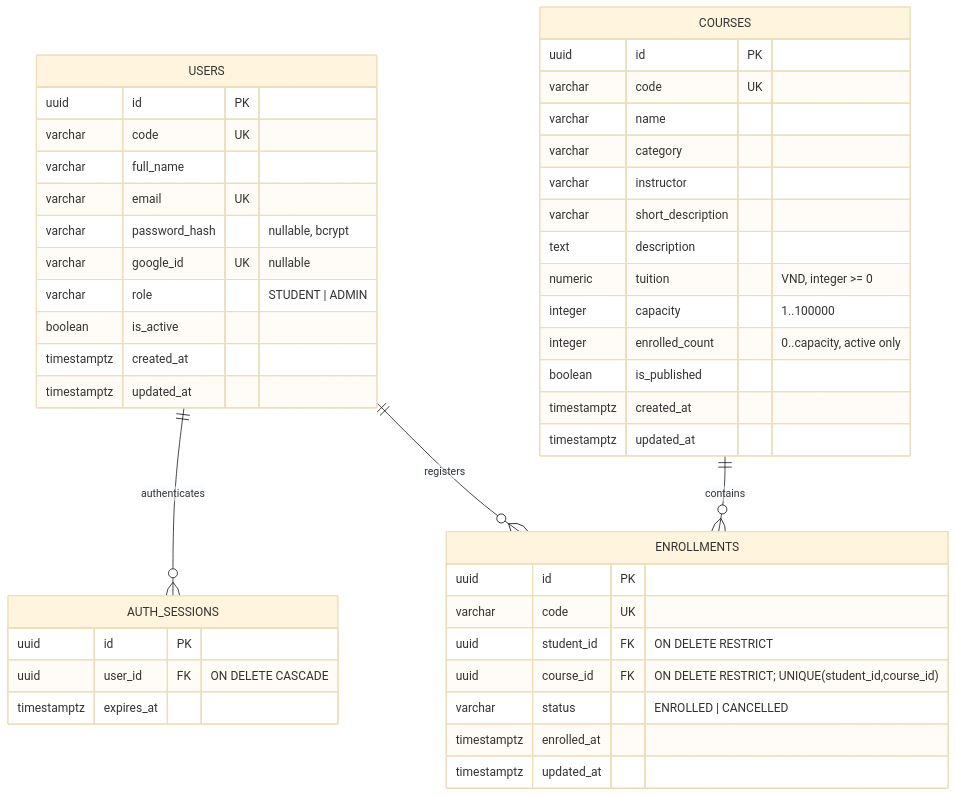
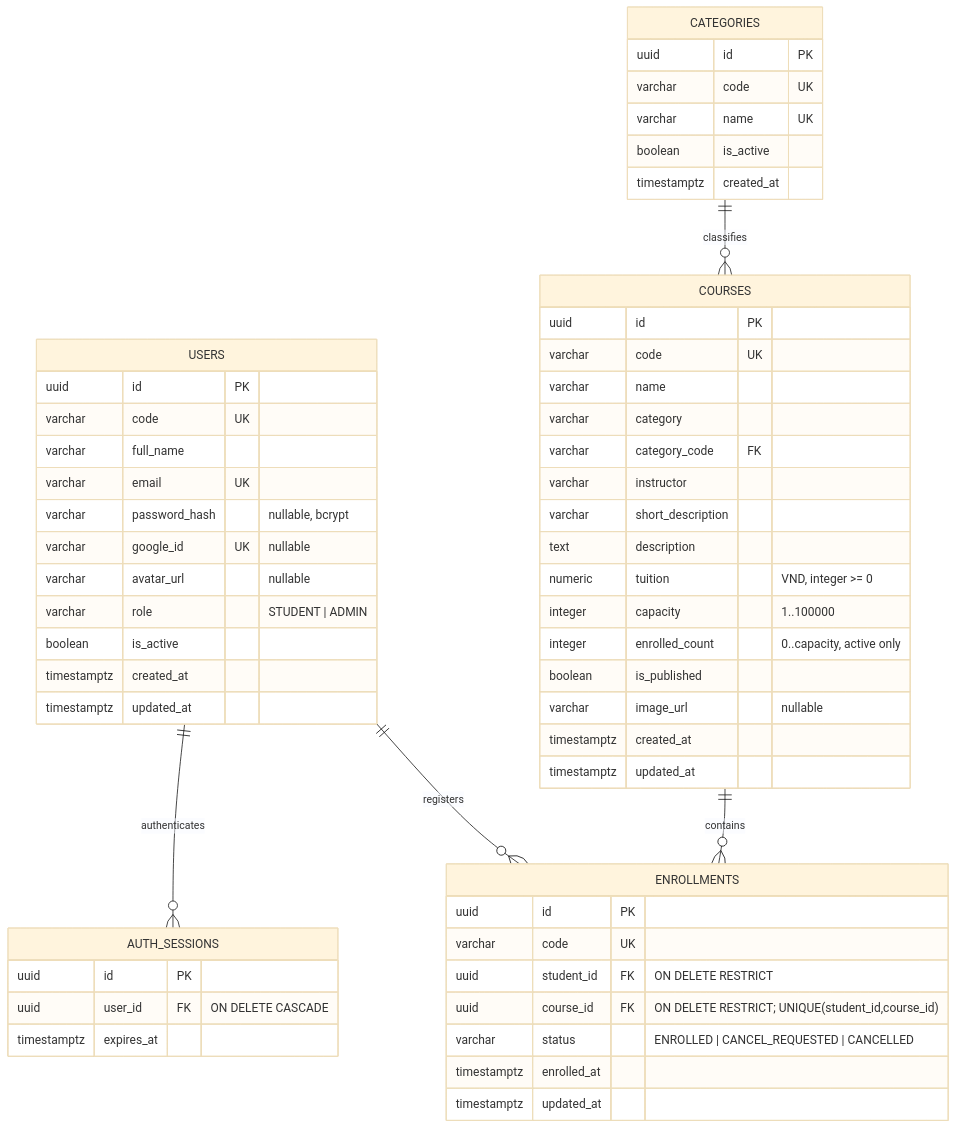
Before and after one commit to tam1ttam/pks-test: the diagram in docs/erd.mmd, drawn with Mermaid (base theme). The commit also changed 16 other files, not shown here.

```diff
--- a/docs/erd.mmd
+++ b/docs/erd.mmd
@@ -1,45 +1,56 @@
 erDiagram
     USERS ||--o{ AUTH_SESSIONS : authenticates
     USERS ||--o{ ENROLLMENTS : registers
+    CATEGORIES ||--o{ COURSES : classifies
     COURSES ||--o{ ENROLLMENTS : contains
     USERS {
         uuid id PK
         varchar code UK
         varchar full_name
         varchar email UK
         varchar password_hash "nullable, bcrypt"
         varchar google_id UK "nullable"
+        varchar avatar_url "nullable"
         varchar role "STUDENT | ADMIN"
         boolean is_active
         timestamptz created_at
         timestamptz updated_at
+    }
+    CATEGORIES {
+        uuid id PK
+        varchar code UK
+        varchar name UK
+        boolean is_active
+        timestamptz created_at
     }
     AUTH_SESSIONS {
         uuid id PK
         uuid user_id FK "ON DELETE CASCADE"
         timestamptz expires_at
     }
     COURSES {
         uuid id PK
         varchar code UK
         varchar name
         varchar category
+        varchar category_code FK
         varchar instructor
         varchar short_description
         text description
         numeric tuition "VND, integer >= 0"
         integer capacity "1..100000"
         integer enrolled_count "0..capacity, active only"
         boolean is_published
+        varchar image_url "nullable"
         timestamptz created_at
         timestamptz updated_at
     }
     ENROLLMENTS {
         uuid id PK
         varchar code UK
         uuid student_id FK "ON DELETE RESTRICT"
         uuid course_id FK "ON DELETE RESTRICT; UNIQUE(student_id,course_id)"
-        varchar status "ENROLLED | CANCELLED"
+        varchar status "ENROLLED | CANCEL_REQUESTED | CANCELLED"
         timestamptz enrolled_at
         timestamptz updated_at
     }
```
